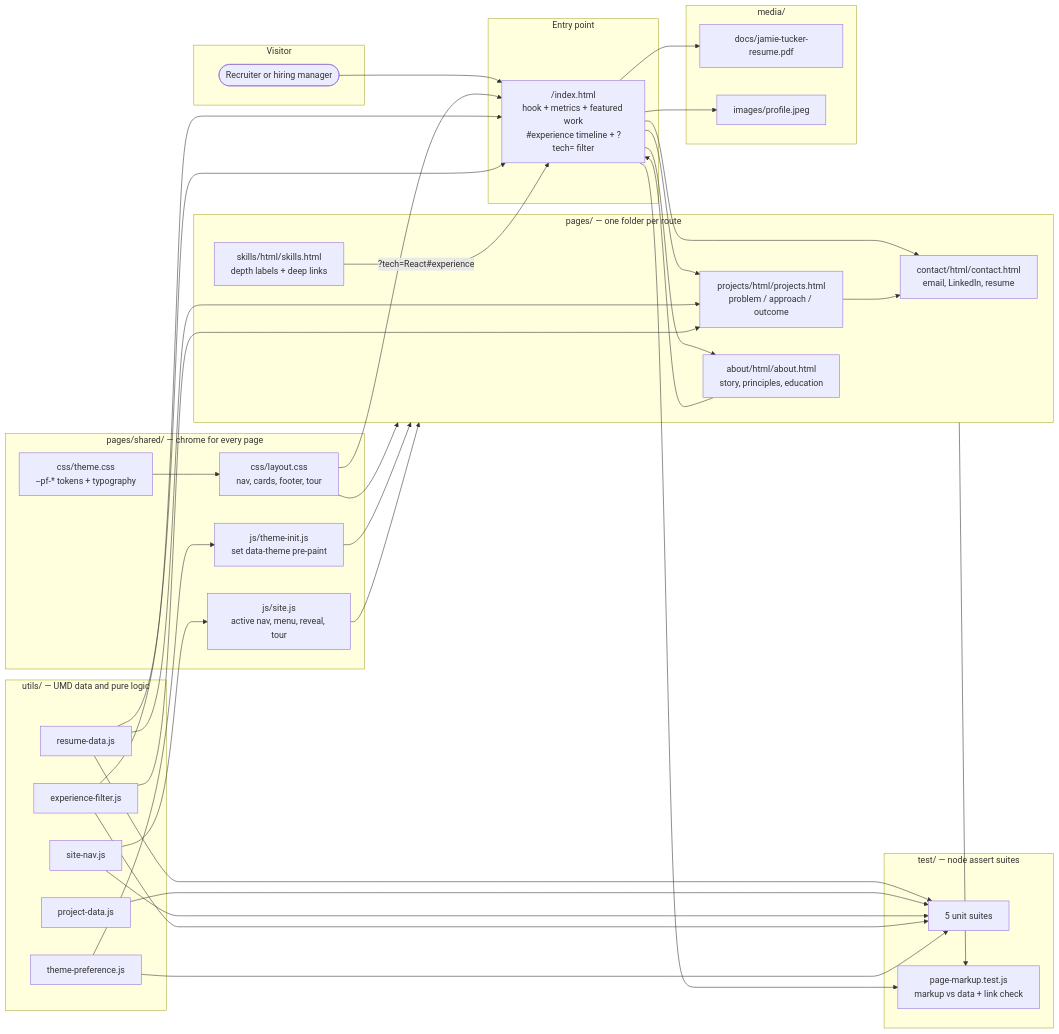
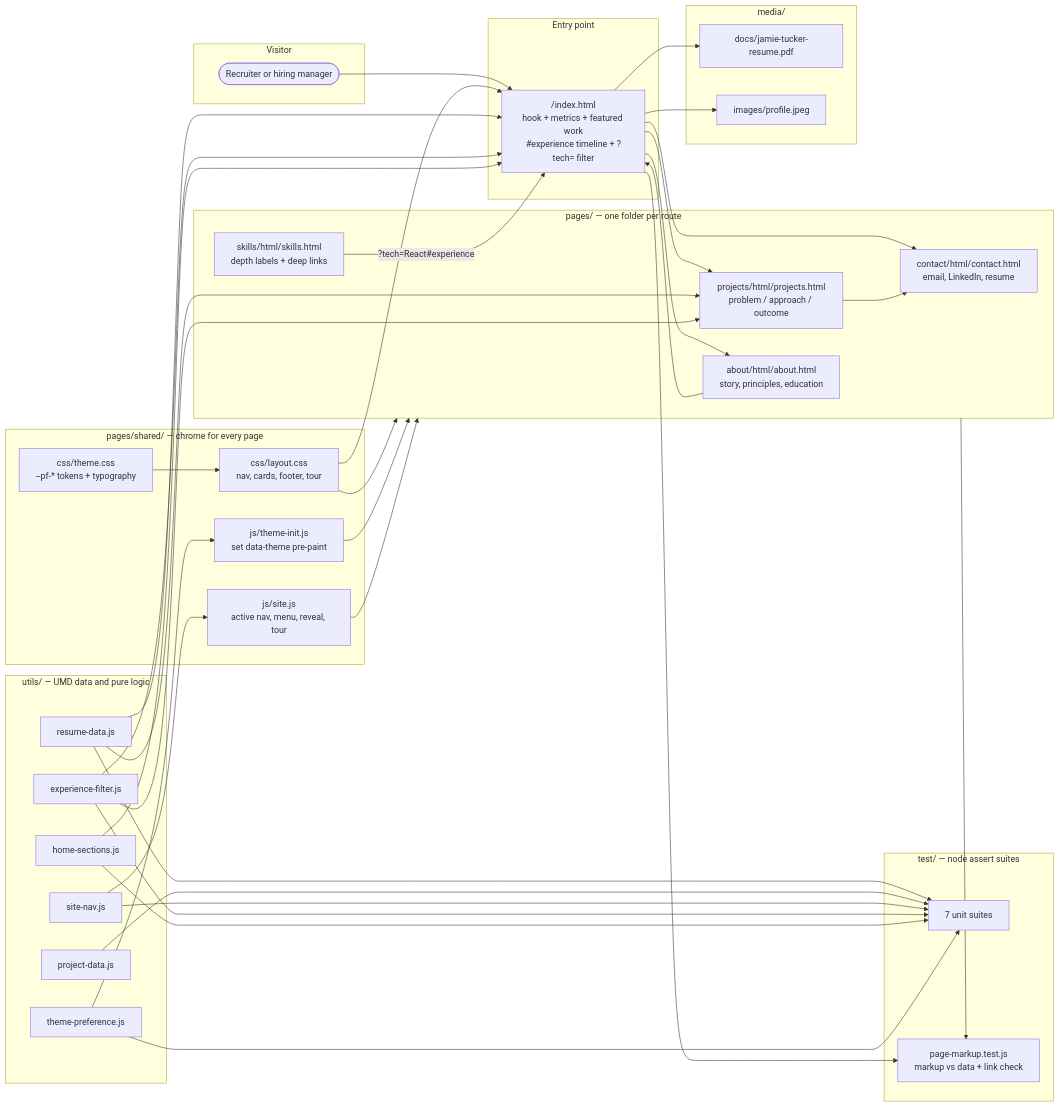
The diagram in diagrams/site-architecture.mmd (Jamieatucker/portfolio), drawn with Mermaid before and after one commit. The commit also changed 11 other files, not shown here.

```diff
--- a/diagrams/site-architecture.mmd
+++ b/diagrams/site-architecture.mmd
@@ -1,72 +1,75 @@
 %% Jamie Tucker Portfolio — multi-page static site architecture
 %% Render with: https://mermaid.live or any Mermaid-capable Markdown viewer
 flowchart LR
     subgraph Visitor
         R([Recruiter or hiring manager])
     end
 
     subgraph Entry["Entry point"]
         IDX["/index.html<br/>hook + metrics + featured work<br/>#experience timeline + ?tech= filter"]
     end
 
     subgraph PagesGroup["pages/ — one folder per route"]
         AB["about/html/about.html<br/>story, principles, education"]
         PR["projects/html/projects.html<br/>problem / approach / outcome"]
         SK["skills/html/skills.html<br/>depth labels + deep links"]
         CT["contact/html/contact.html<br/>email, LinkedIn, resume"]
     end
 
     subgraph SharedGroup["pages/shared/ — chrome for every page"]
         THEME["css/theme.css<br/>--pf-* tokens + typography"]
         LAYOUT["css/layout.css<br/>nav, cards, footer, tour"]
         TINIT["js/theme-init.js<br/>set data-theme pre-paint"]
         SITE["js/site.js<br/>active nav, menu, reveal, tour"]
     end
 
     subgraph UtilsGroup["utils/ — UMD data and pure logic"]
         RESUME["resume-data.js"]
         PROJDATA["project-data.js"]
         NAV["site-nav.js"]
         FILTER["experience-filter.js"]
+        SECTIONS["home-sections.js"]
         THEMEPREF["theme-preference.js"]
     end
 
     subgraph TestGroup["test/ — node assert suites"]
-        UNIT["5 unit suites"]
+        UNIT["7 unit suites"]
         MARKUP["page-markup.test.js<br/>markup vs data + link check"]
     end
 
     subgraph MediaGroup["media/"]
         PDF["docs/jamie-tucker-resume.pdf"]
         IMG["images/profile.jpeg"]
     end
 
     R --> IDX
     IDX --> AB
     IDX --> PR
     IDX --> CT
     SK -- "?tech=React#experience" --> IDX
     AB --> IDX
     PR --> CT
     IDX --> PDF
     IDX --> IMG
 
     THEME --> LAYOUT
     LAYOUT --> IDX
     LAYOUT --> PagesGroup
     THEMEPREF --> TINIT
     TINIT --> PagesGroup
     NAV --> SITE
     SITE --> PagesGroup
     RESUME --> IDX
     RESUME --> PR
     FILTER --> IDX
     FILTER --> PR
+    SECTIONS --> IDX
 
     RESUME --> UNIT
     PROJDATA --> UNIT
     NAV --> UNIT
     FILTER --> UNIT
+    SECTIONS --> UNIT
     THEMEPREF --> UNIT
     IDX --> MARKUP
     PagesGroup --> MARKUP
```
